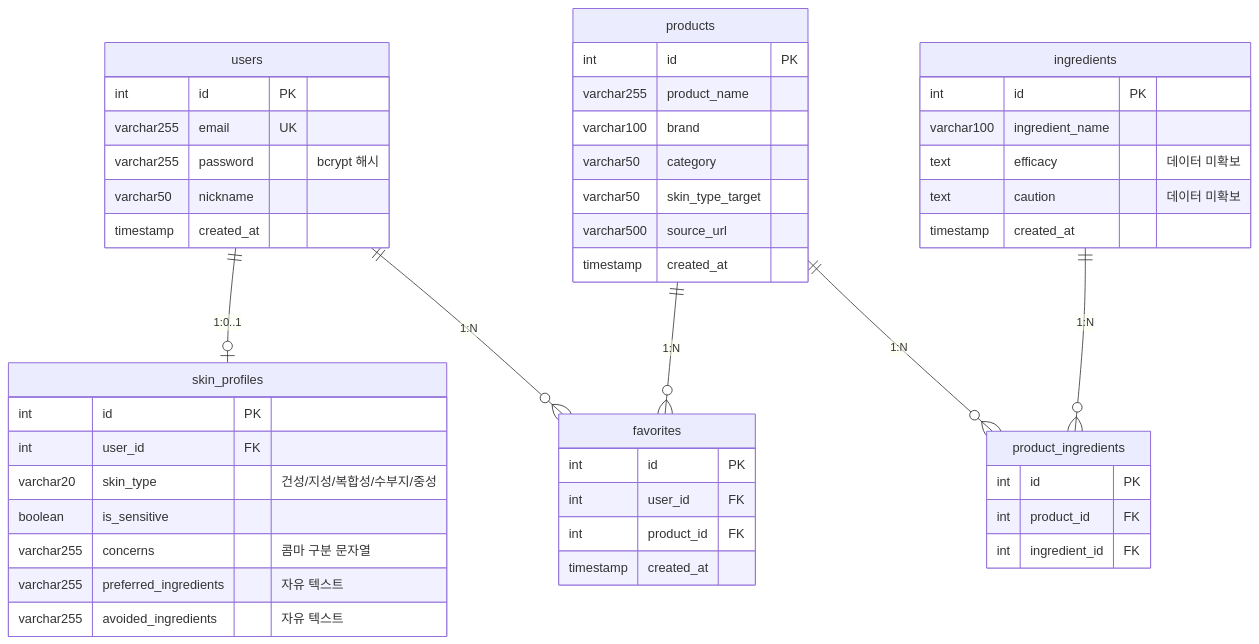
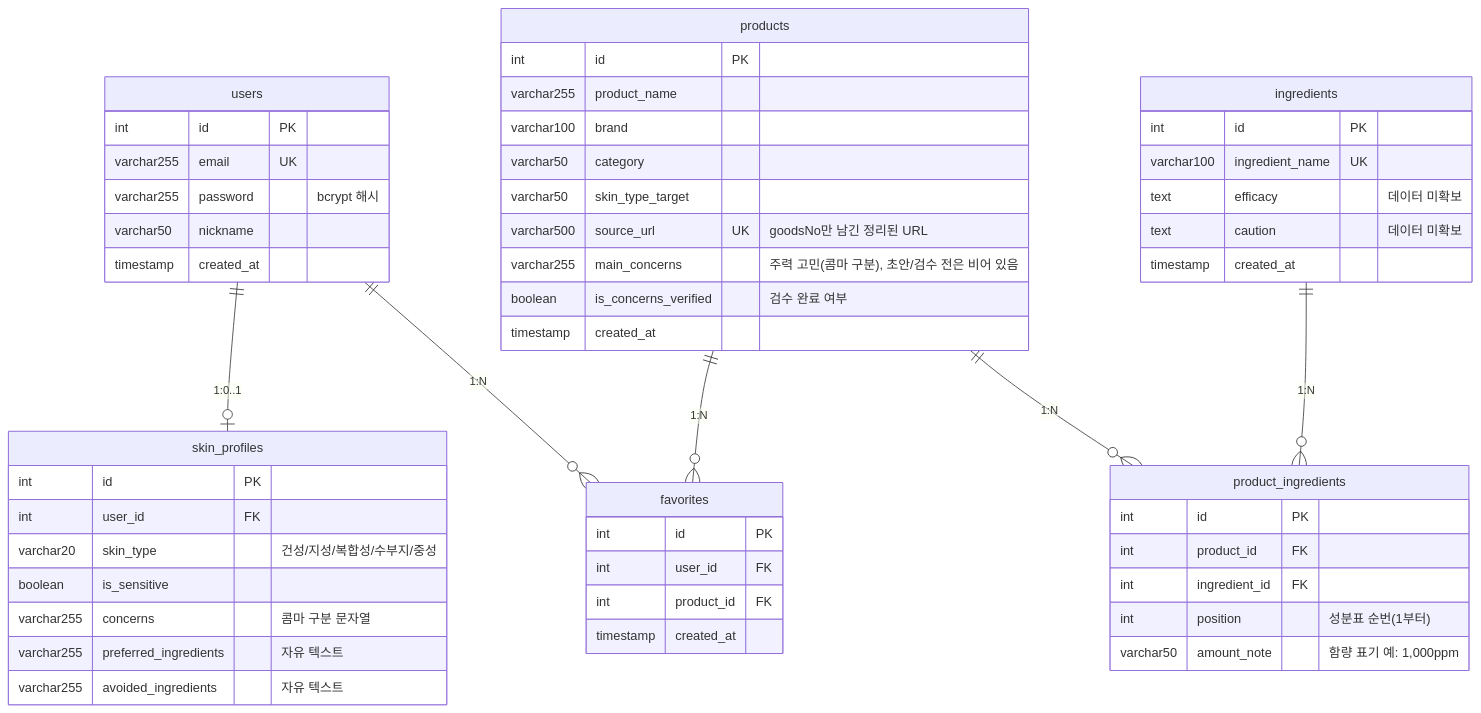
One commit to changlike/ChaeInG_project changed the diagram in docs/erd.md. Above: the diagram before and after it, drawn with Mermaid. The commit also changed other lines of this file and 10 other files, not shown here.

````diff
--- a/docs/erd.md
+++ b/docs/erd.md
@@ -5,52 +5,56 @@
 ```mermaid
 erDiagram
     users ||--o| skin_profiles : "1:0..1"
     users ||--o{ favorites : "1:N"
     products ||--o{ favorites : "1:N"
     products ||--o{ product_ingredients : "1:N"
     ingredients ||--o{ product_ingredients : "1:N"
 
     users {
         int id PK
         varchar255 email UK
         varchar255 password "bcrypt 해시"
         varchar50 nickname
         timestamp created_at
     }
     skin_profiles {
         int id PK
         int user_id FK
         varchar20 skin_type "건성/지성/복합성/수부지/중성"
         boolean is_sensitive
         varchar255 concerns "콤마 구분 문자열"
         varchar255 preferred_ingredients "자유 텍스트"
         varchar255 avoided_ingredients "자유 텍스트"
     }
     products {
         int id PK
         varchar255 product_name
         varchar100 brand
         varchar50 category
         varchar50 skin_type_target
-        varchar500 source_url
+        varchar500 source_url UK "goodsNo만 남긴 정리된 URL"
+        varchar255 main_concerns "주력 고민(콤마 구분), 초안/검수 전은 비어 있음"
+        boolean is_concerns_verified "검수 완료 여부"
         timestamp created_at
     }
     ingredients {
         int id PK
-        varchar100 ingredient_name
+        varchar100 ingredient_name UK
         text efficacy "데이터 미확보"
         text caution "데이터 미확보"
         timestamp created_at
     }
     product_ingredients {
         int id PK
         int product_id FK
         int ingredient_id FK
+        int position "성분표 순번(1부터)"
+        varchar50 amount_note "함량 표기 예: 1,000ppm"
     }
     favorites {
         int id PK
         int user_id FK
         int product_id FK
         timestamp created_at
     }
 ```
````
